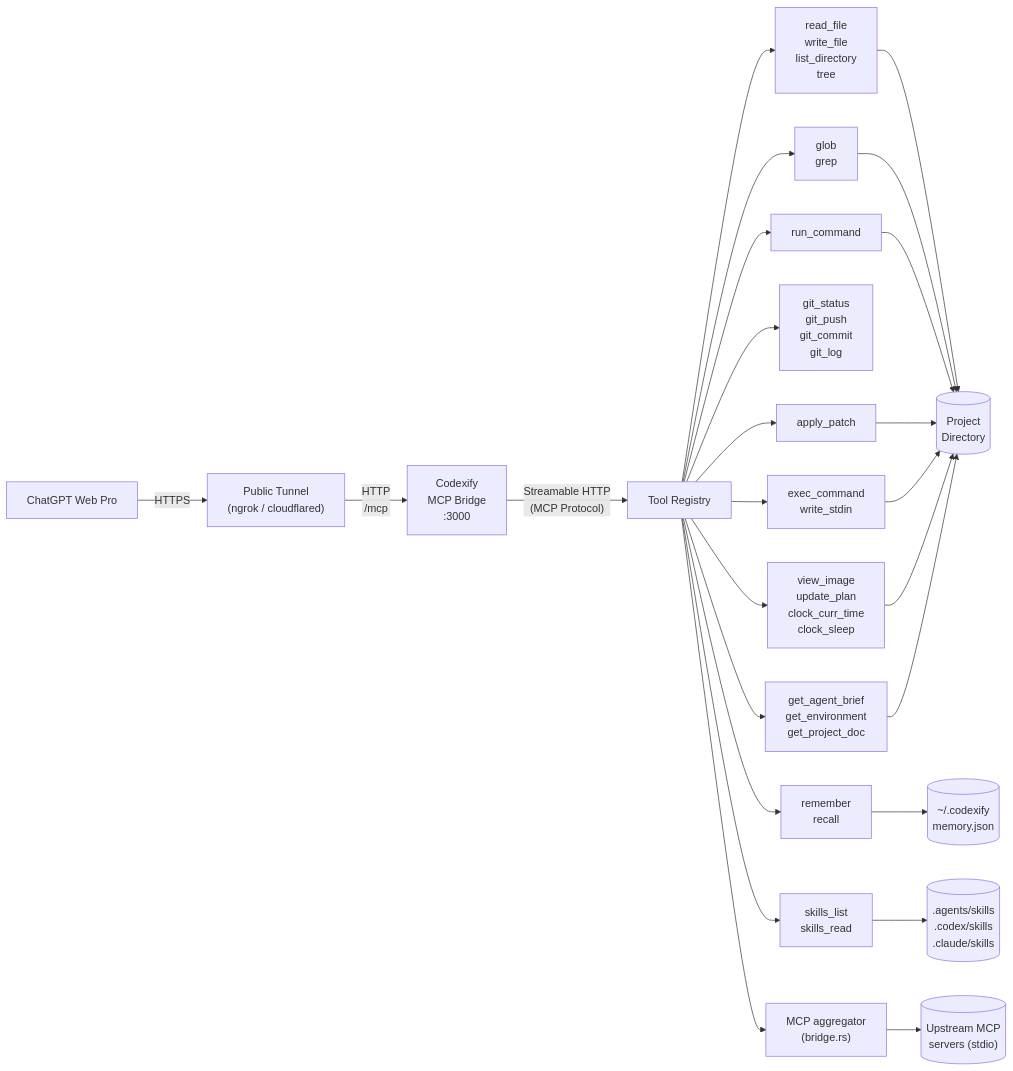
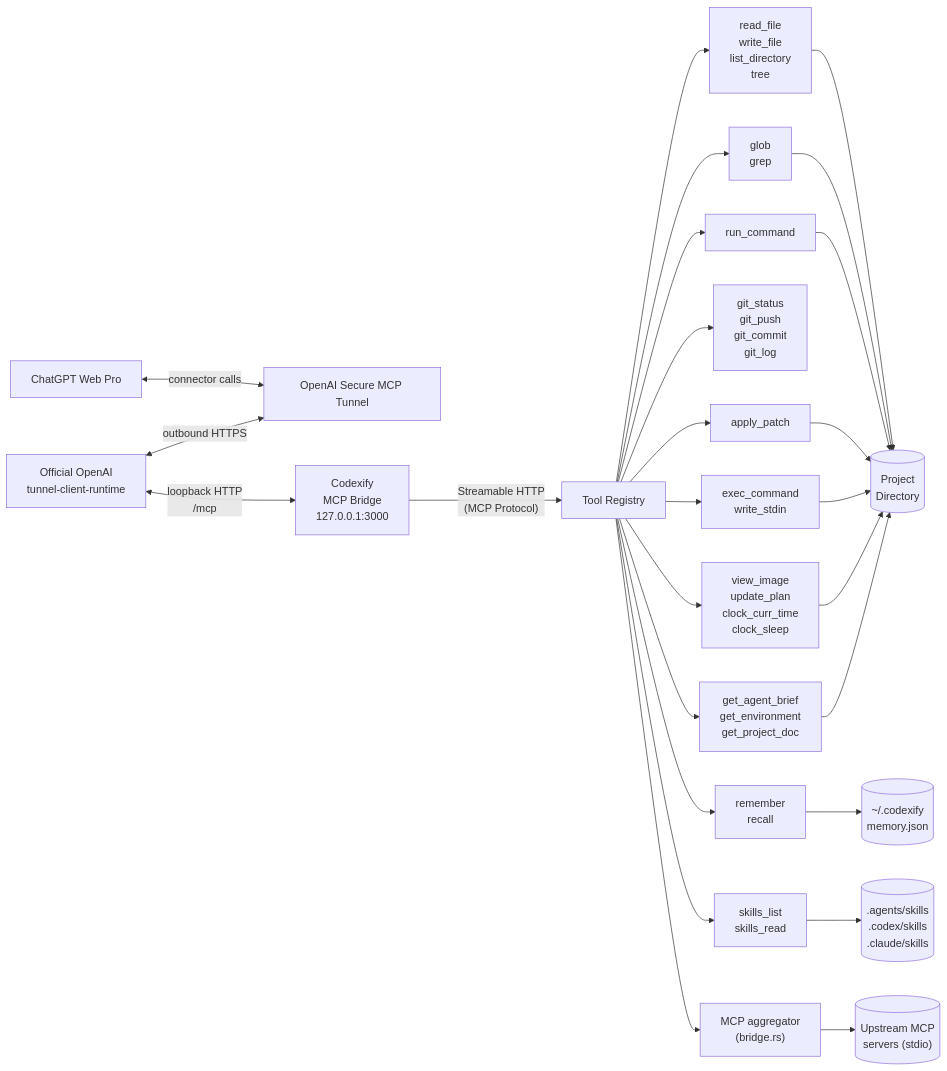
One commit to thesunwave/codexify changed the diagram in README.md. Above: the diagram before and after it, drawn with Mermaid. The commit also changed other lines of this file and 11 other files, not shown here.

Commit message:
feat: add native OpenAI tunnel support

````diff
--- a/README.md
+++ b/README.md
@@ -15,50 +15,52 @@
 ```mermaid
 flowchart LR
     ChatGPT["ChatGPT Web Pro"]
-    Tunnel["Public Tunnel\n(ngrok / cloudflared)"]
-    Server["Codexify\nMCP Bridge\n:3000"]
+    OpenAITunnel["OpenAI Secure MCP Tunnel"]
+    TunnelClient["Official OpenAI\ntunnel-client-runtime"]
+    Server["Codexify\nMCP Bridge\n127.0.0.1:3000"]
     Tools["Tool Registry"]
 
     FS["read_file\nwrite_file\nlist_directory\ntree"]
     Search["glob\ngrep"]
     Shell["run_command"]
     Git["git_status\ngit_push\ngit_commit\ngit_log"]
     Edit["apply_patch"]
     Exec["exec_command\nwrite_stdin"]
     Agent["view_image\nupdate_plan\nclock_curr_time\nclock_sleep"]
     Env["get_agent_brief\nget_environment\nget_project_doc"]
     Mem["remember\nrecall"]
     Skills["skills_list\nskills_read"]
     Bridge["MCP aggregator\n(bridge.rs)"]
     WorkDir[("Project\nDirectory")]
     State[("~/.codexify\nmemory.json")]
     SkillDirs[(".agents/skills\n.codex/skills\n.claude/skills")]
     Upstream[("Upstream MCP\nservers (stdio)")]
 
-    ChatGPT -- "HTTPS" --> Tunnel
-    Tunnel -- "HTTP\n/mcp" --> Server
+    ChatGPT <-->|"connector calls"| OpenAITunnel
+    TunnelClient <-->|"outbound HTTPS"| OpenAITunnel
+    TunnelClient <-->|"loopback HTTP\n/mcp"| Server
     Server -- "Streamable HTTP\n(MCP Protocol)" --> Tools
 
     Tools --> FS
     Tools --> Search
     Tools --> Shell
     Tools --> Git
     Tools --> Edit
     Tools --> Exec
     Tools --> Agent
     Tools --> Env
     Tools --> Mem
     Tools --> Skills
     Tools --> Bridge
 
     FS --> WorkDir
     Search --> WorkDir
     Shell --> WorkDir
     Edit --> WorkDir
     Exec --> WorkDir
     Agent --> WorkDir
     Env --> WorkDir
     Mem --> State
     Skills --> SkillDirs
     Bridge --> Upstream
 ```
````
